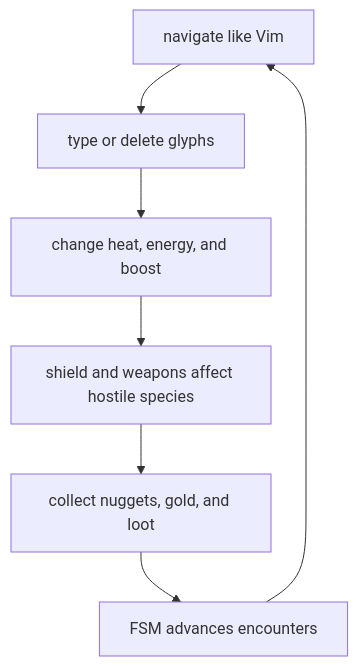
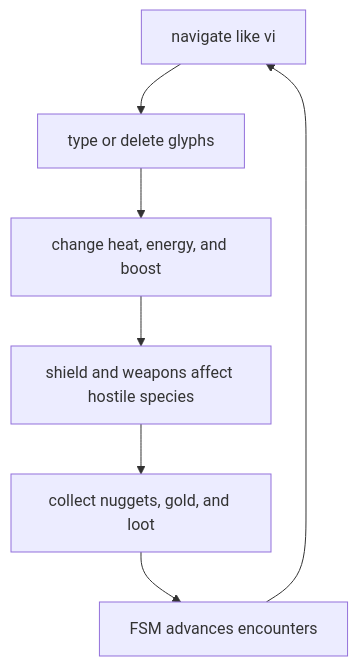
Before and after one commit to lixenwraith/vif: the first of 2 diagrams in doc/gameplay.md, drawn with Mermaid. The commit also changed other lines of this file and 110 other files, not shown here.

````diff
--- a/doc/gameplay.md
+++ b/doc/gameplay.md
@@ -11,9 +11,9 @@
 ```mermaid
 flowchart TD
-    Navigate["navigate like Vim"] --> Type["type or delete glyphs"]
+    Navigate["navigate like vi"] --> Type["type or delete glyphs"]
     Type --> Resources["change heat, energy, and boost"]
     Resources --> Defend["shield and weapons affect hostile species"]
     Defend --> Rewards["collect nuggets, gold, and loot"]
     Rewards --> Escalate["FSM advances encounters"]
     Escalate --> Navigate
 ```
````
